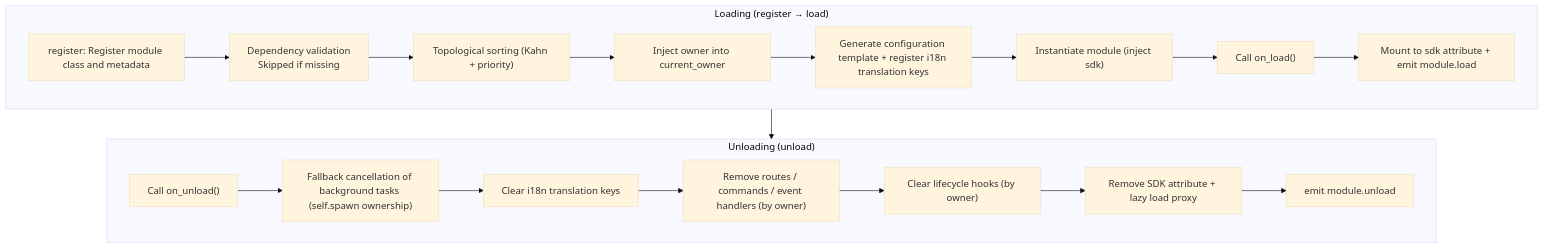
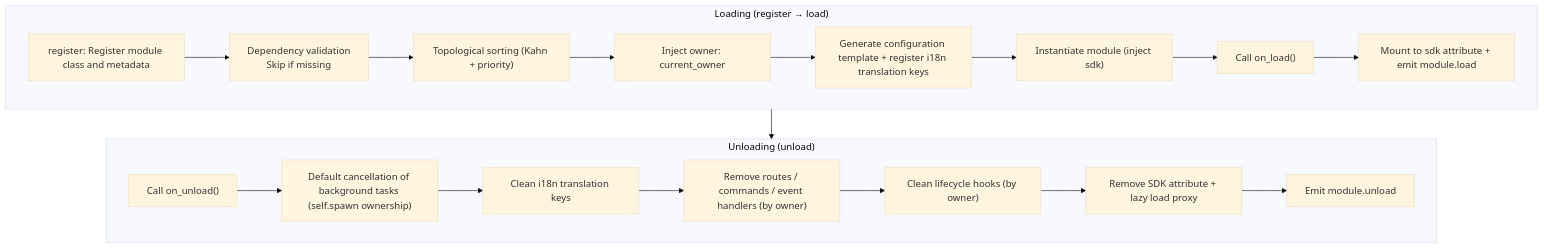
One commit to ErisPulse/ErisPulse changed the diagram in docs/en/developer-guide/modules/core-concepts.md. Above: the diagram before and after it, drawn with Mermaid (base theme). The commit also changed other lines of this file and 15 other files, not shown here.

````diff
--- a/docs/en/developer-guide/modules/core-concepts.md
+++ b/docs/en/developer-guide/modules/core-concepts.md
@@ -90,23 +90,23 @@
 ```mermaid
 flowchart TD
     subgraph Load["Loading (register → load)"]
-        L1["register: Register module class and metadata"] --> L2["Dependency validation<br/>Skipped if missing"]
+        L1["register: Register module class and metadata"] --> L2["Dependency validation<br/>Skip if missing"]
         L2 --> L3["Topological sorting (Kahn + priority)"]
-        L3 --> L4["Inject owner into current_owner"]
+        L3 --> L4["Inject owner: current_owner"]
         L4 --> L5["Generate configuration template + register i18n translation keys"]
         L5 --> L6["Instantiate module (inject sdk)"]
         L6 --> L7["Call on_load()"]
         L7 --> L8["Mount to sdk attribute + emit module.load"]
     end
 
     subgraph Unload["Unloading (unload)"]
-        U1["Call on_unload()"] --> U2["Fallback cancellation of background tasks (self.spawn ownership)"]
-        U2 --> U3["Clear i18n translation keys"]
+        U1["Call on_unload()"] --> U2["Default cancellation of background tasks (self.spawn ownership)"]
+        U2 --> U3["Clean i18n translation keys"]
         U3 --> U4["Remove routes / commands / event handlers (by owner)"]
-        U4 --> U5["Clear lifecycle hooks (by owner)"]
+        U4 --> U5["Clean lifecycle hooks (by owner)"]
         U5 --> U6["Remove SDK attribute + lazy load proxy"]
-        U6 --> U7["emit module.unload"]
+        U6 --> U7["Emit module.unload"]
     end
 
     Load --> Unload
 ```
````
